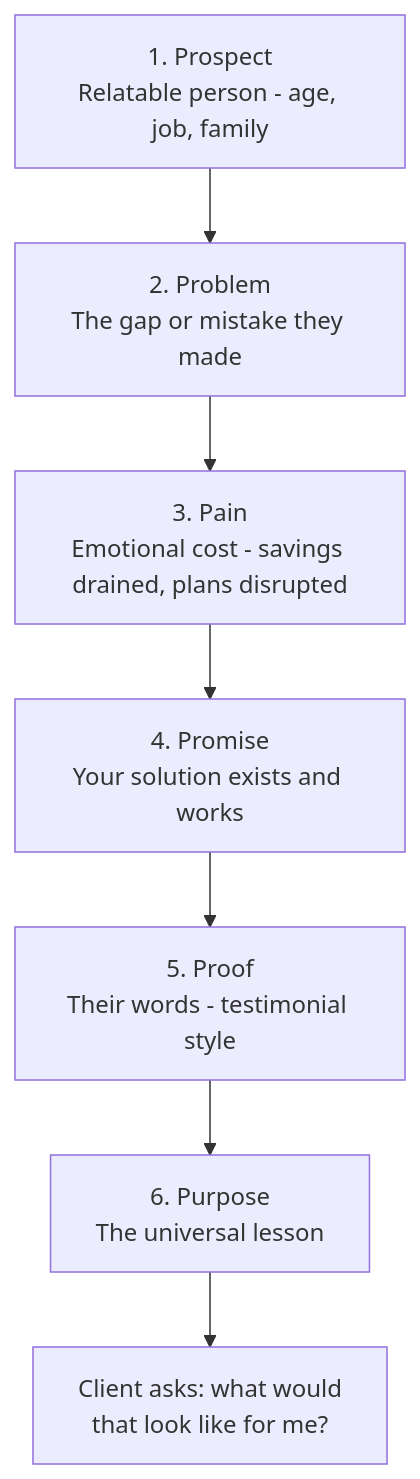
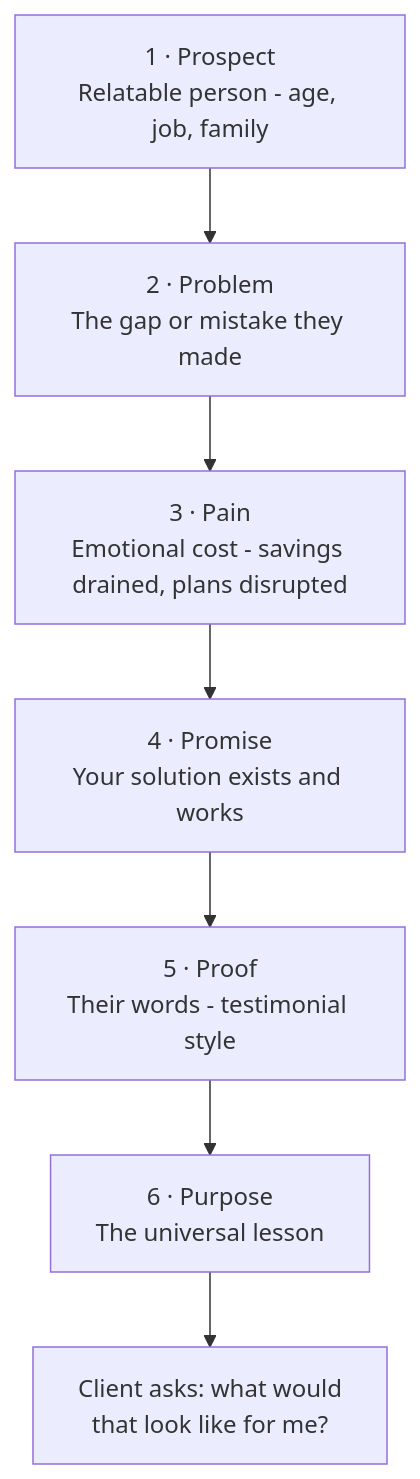
Before and after one commit to leotansingapore/aia-product-compass-hub: the diagram in docs/first-60-days/week-8/day-45.md, drawn with Mermaid. The commit also changed 7 other files, not shown here.

Commit message:
Mermaid diagrams on days 6, 37, 45, 51, 54, 58, 59, 60 now render — numeric list prefixes and dense calendar labels were triggering strict-mode rejections

````diff
--- a/docs/first-60-days/week-8/day-45.md
+++ b/docs/first-60-days/week-8/day-45.md
@@ -105,11 +105,11 @@
 ```mermaid
 flowchart TD
-    P1["1. Prospect<br/>Relatable person - age, job, family"]
-    P2["2. Problem<br/>The gap or mistake they made"]
-    P3["3. Pain<br/>Emotional cost - savings drained, plans disrupted"]
-    P4["4. Promise<br/>Your solution exists and works"]
-    P5["5. Proof<br/>Their words - testimonial style"]
-    P6["6. Purpose<br/>The universal lesson"]
+    P1["1 · Prospect<br/>Relatable person - age, job, family"]
+    P2["2 · Problem<br/>The gap or mistake they made"]
+    P3["3 · Pain<br/>Emotional cost - savings drained, plans disrupted"]
+    P4["4 · Promise<br/>Your solution exists and works"]
+    P5["5 · Proof<br/>Their words - testimonial style"]
+    P6["6 · Purpose<br/>The universal lesson"]
     P1 --> P2 --> P3 --> P4 --> P5 --> P6
     P6 --> CTA["Client asks: what would<br/>that look like for me?"]
 ```
````
